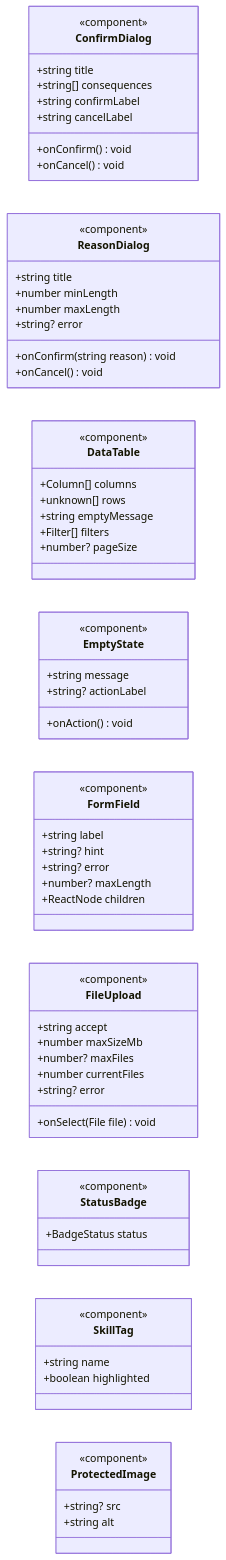
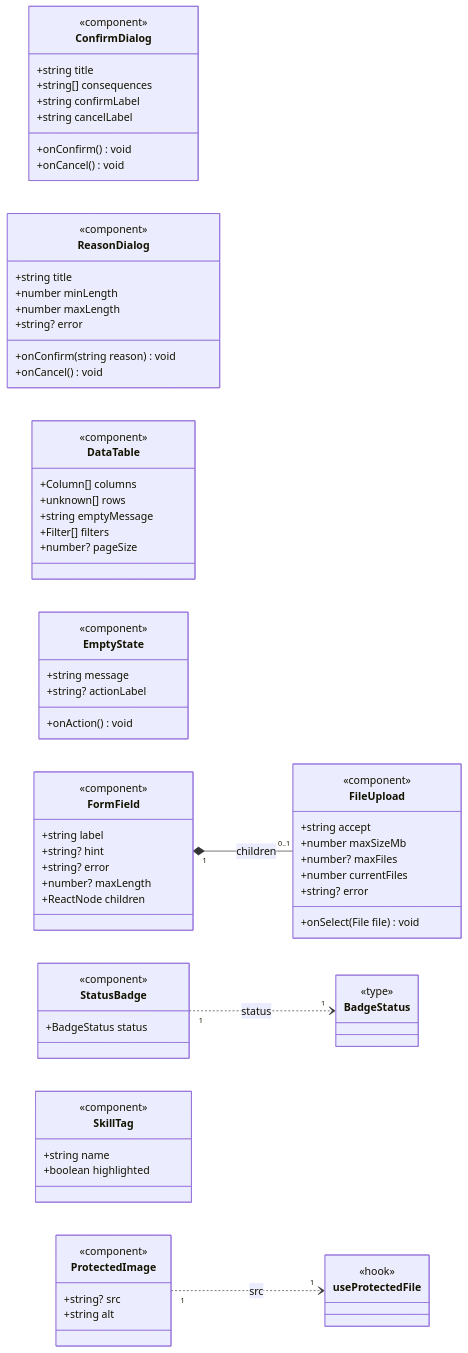
One commit to katch-lds/katch-docs changed diagram 14 of 23 in 04-artefactos-tecnicos/04.07-modelos-de-classes/m2-modelo-classes-frontend-web-v01.md. Above: the diagram before and after it, drawn with Mermaid. The commit also changed other lines of this file, not shown here.

````diff
--- a/04-artefactos-tecnicos/04.07-modelos-de-classes/m2-modelo-classes-frontend-web-v01.md
+++ b/04-artefactos-tecnicos/04.07-modelos-de-classes/m2-modelo-classes-frontend-web-v01.md
@@ -1120,67 +1121,76 @@
 ```mermaid
 classDiagram
     direction LR
     class ConfirmDialog {
         <<component>>
         +string title
         +string[] consequences
         +string confirmLabel
         +string cancelLabel
         +onConfirm() void
         +onCancel() void
     }
     class ReasonDialog {
         <<component>>
         +string title
         +number minLength
         +number maxLength
         +string? error
         +onConfirm(string reason) void
         +onCancel() void
     }
     class DataTable {
         <<component>>
         +Column[] columns
         +unknown[] rows
         +string emptyMessage
         +Filter[] filters
         +number? pageSize
     }
     class EmptyState {
         <<component>>
         +string message
         +string? actionLabel
         +onAction() void
     }
     class FormField {
         <<component>>
         +string label
         +string? hint
         +string? error
         +number? maxLength
         +ReactNode children
     }
     class FileUpload {
         <<component>>
         +string accept
         +number maxSizeMb
         +number? maxFiles
         +number currentFiles
         +string? error
         +onSelect(File file) void
     }
     class StatusBadge {
         <<component>>
         +BadgeStatus status
     }
     class SkillTag {
         <<component>>
         +string name
         +boolean highlighted
     }
     class ProtectedImage {
         <<component>>
         +string? src
         +string alt
     }
+    class BadgeStatus {
+        <<type>>
+    }
+    class useProtectedFile {
+        <<hook>>
+    }
+    StatusBadge "1" ..> "1" BadgeStatus : status
+    ProtectedImage "1" ..> "1" useProtectedFile : src
+    FormField "1" *-- "0..1" FileUpload : children
 ```
````
